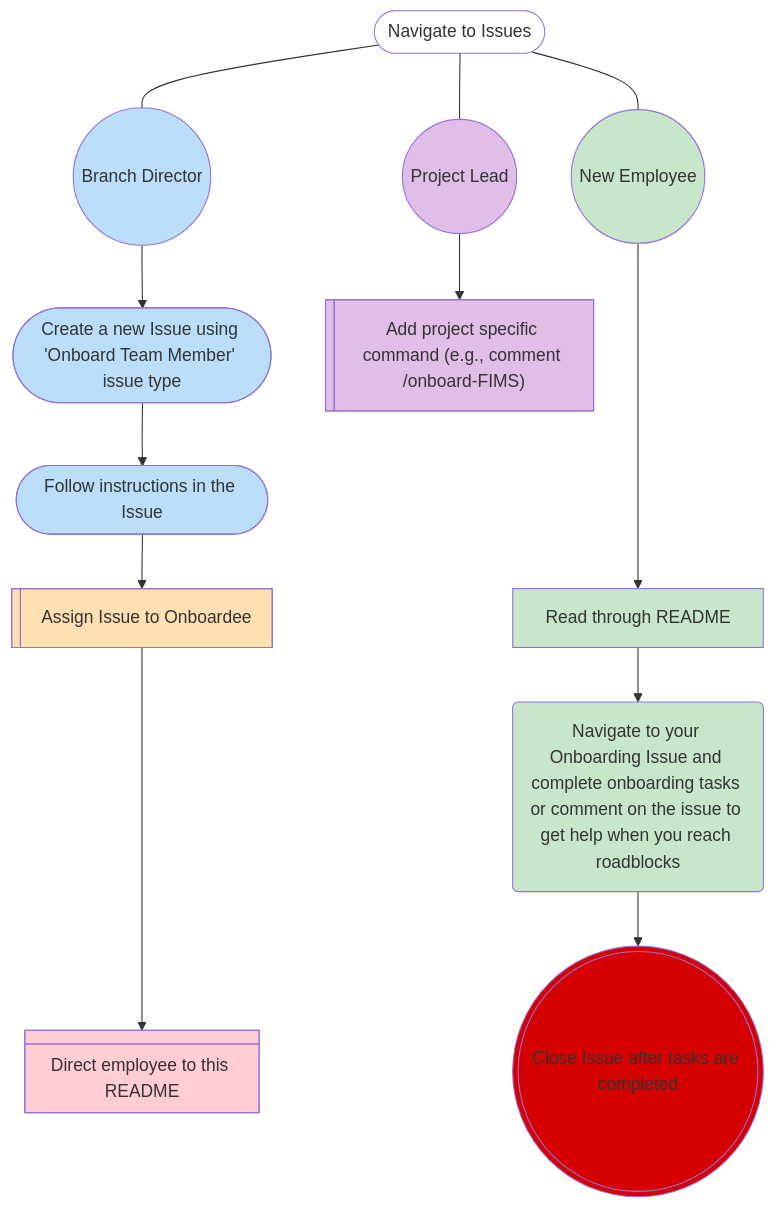
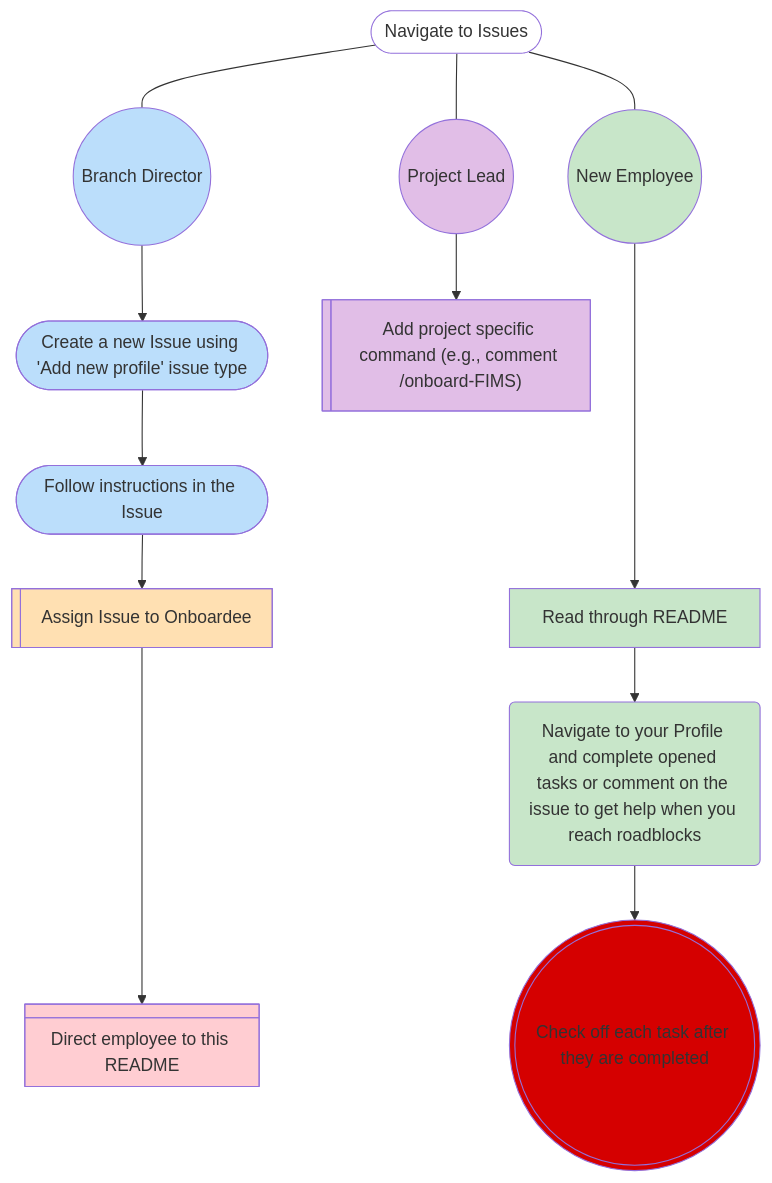
Before and after one commit to nmfs-ost/on-off-boarding: the first of 2 diagrams in README.md, drawn with Mermaid. The commit also changed other lines of this file, not shown here.

Commit message:
adjust flowchart on README for profiles

````diff
--- a/README.md
+++ b/README.md
@@ -63,35 +63,35 @@
 ```mermaid
 ---
 config:
   theme: default
 ---
 
 flowchart TD;
     A(["Navigate to Issues"]) --- A0(("Branch Director")) & A1(("New Employee")) & PL(("Project Lead"));
-    A0 --> B(["Create a new Issue using 'Onboard Team Member' issue type"]);
+    A0 --> B(["Create a new Issue using 'Add new profile' issue type"]);
     A1 ----> G["Read through README"];
     B --> C(["Follow instructions in the Issue"]);
     C --> E["Assign Issue to Onboardee"];
     PL --> D["Add project specific command (e.g., comment /onboard-FIMS)"];
-    G --> new("Navigate to your Onboarding Issue and complete onboarding tasks or comment on the issue to get help when you reach roadblocks");
-    new --> F["Close Issue after tasks are completed"];
+    G --> new("Navigate to your Profile and complete opened tasks or comment on the issue to get help when you reach roadblocks");
+    new --> F["Check off each task after they are completed"];
     E ---> H["Direct employee to this README"];
 
     E@{ shape: lin-rect};
     D@{ shape: lin-rect};
     F@{ shape: dbl-circ};
     H@{ shape: div-rect};
     style A fill:transparent;
     style A0 fill:#BBDEFB;
     style A1 fill:#C8E6C9;
     style PL fille:#F54927,fill:#E1BEE7,color:none;
     style B fill:#BBDEFB;
     style G fill:#C8E6C9;
     style C fill:#BBDEFB;
     style E fill:#FFE0B2;
     style D fill:#E1BEE7;
     style new fill:#C8E6C9;
     style F fill:#D50000;
     style H fill:#FFCDD2;
     click A "https://github.com/nmfs-ost/on-off-boarding/issues";
 ```
````
